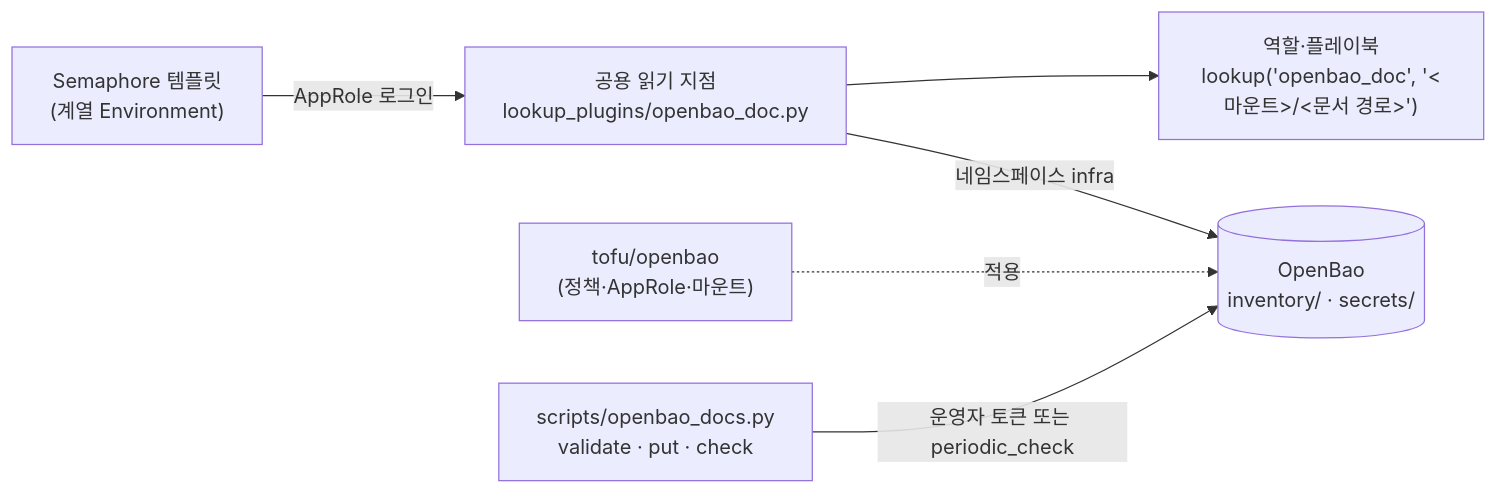
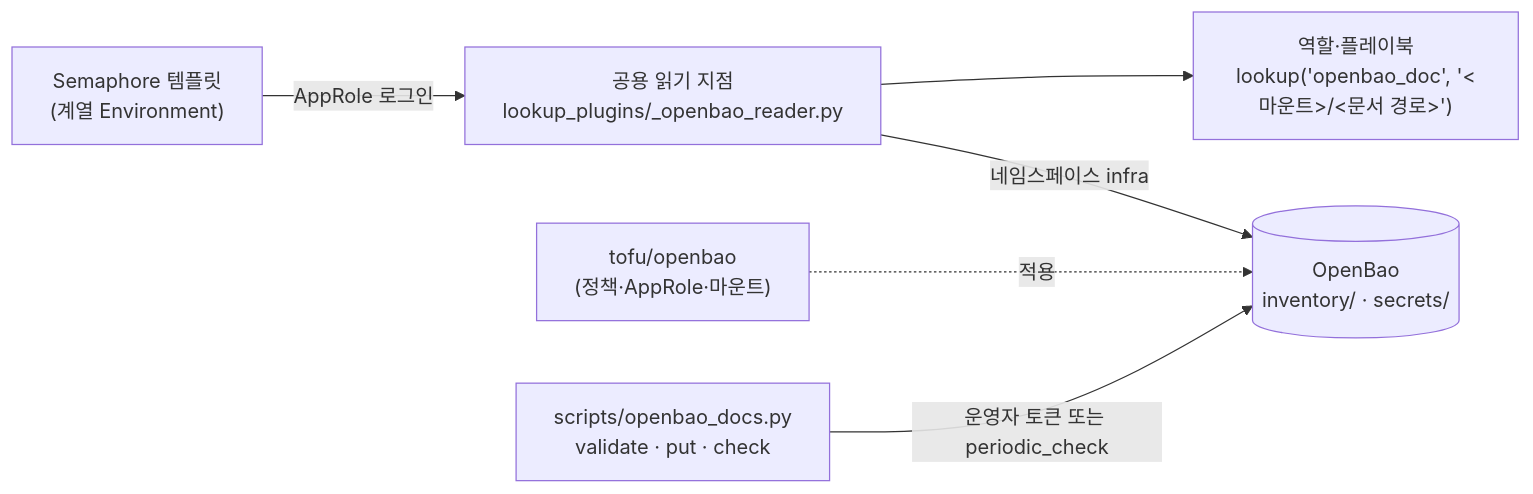
The diagram in docs/openbao_integration.md (ppzxc/infra-automation), drawn with Mermaid before and after one commit. The commit also changed other lines of this file and 12 other files, not shown here.

````diff
--- a/docs/openbao_integration.md
+++ b/docs/openbao_integration.md
@@ -9,8 +9,8 @@
 ```mermaid
 flowchart LR
-    Semaphore["Semaphore 템플릿\n(계열 Environment)"] -->|AppRole 로그인| Reader["공용 읽기 지점\nlookup_plugins/openbao_doc.py"]
+    Semaphore["Semaphore 템플릿\n(계열 Environment)"] -->|AppRole 로그인| Reader["공용 읽기 지점\nlookup_plugins/_openbao_reader.py"]
     Reader -->|네임스페이스 infra| Bao[("OpenBao\ninventory/ · secrets/")]
     Reader --> Roles["역할·플레이북\nlookup('openbao_doc', '<마운트>/<문서 경로>')"]
     Tofu["tofu/openbao\n(정책·AppRole·마운트)"] -.->|적용| Bao
     Tools["scripts/openbao_docs.py\nvalidate · put · check"] -->|운영자 토큰 또는 periodic_check| Bao
 ```
````
